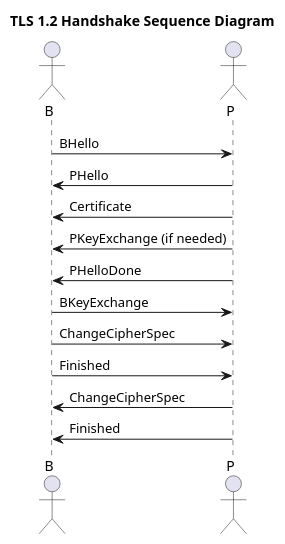
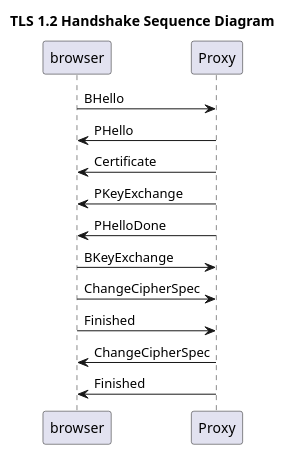
The diagram in Modelling/tlsHandshakeSequence.plantuml (Hsouna-M/BurpSuiteFromScratch), drawn with PlantUML before and after one commit. The commit also changed 37 other files, not shown here.

```diff
--- a/Modelling/tlsHandshakeSequence.plantuml
+++ b/Modelling/tlsHandshakeSequence.plantuml
@@ -1,22 +1,22 @@
 @startuml
 title TLS 1.2 Handshake Sequence Diagram
 
-actor B
-actor P
+participant "browser" as B
+participant "Proxy" as P
 
 B -> P: BHello
 
 P -> B: PHello
 
 P -> B: Certificate
-P -> B: PKeyExchange (if needed)
+P -> B: PKeyExchange 
 P -> B: PHelloDone
 
 B -> P: BKeyExchange
 B -> P: ChangeCipherSpec
 B -> P: Finished
 
 P -> B: ChangeCipherSpec
 P -> B: Finished
 
 @enduml
```
